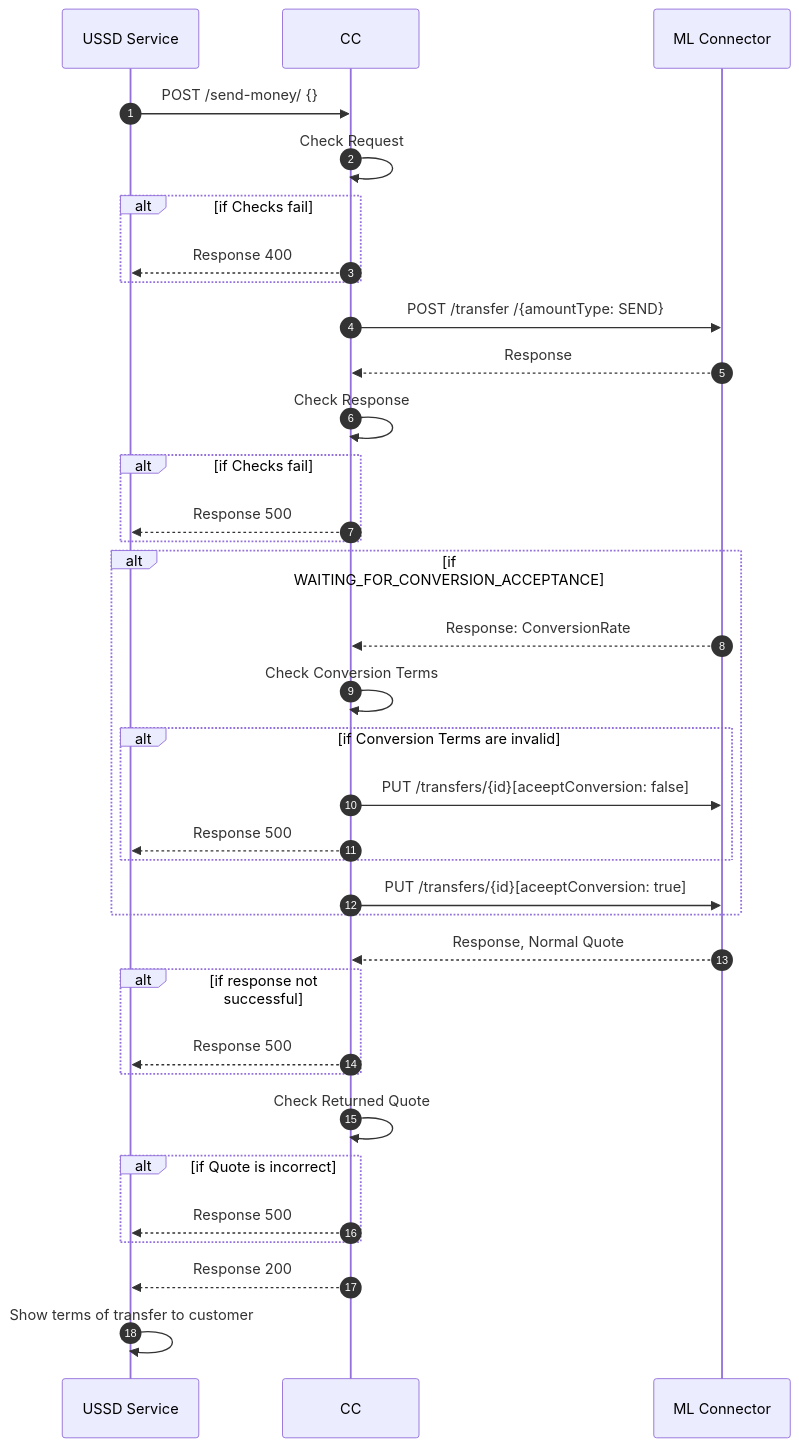
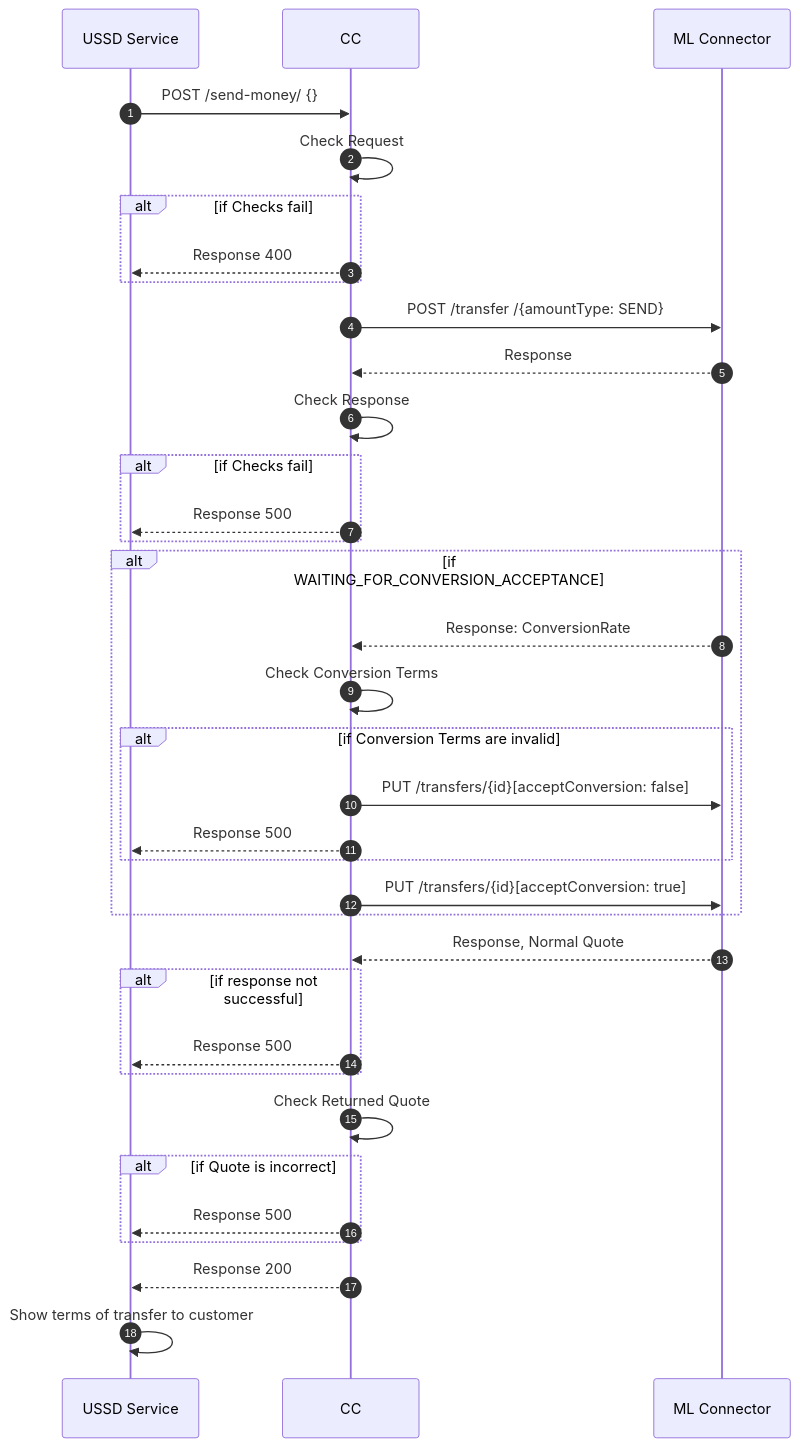
One commit to mojaloop/ml-reference-connectors changed the diagram in mtn-zm-core-connector/docs/payer/payer-send-money.md. Above: the diagram before and after it, drawn with Mermaid. The commit also changed 12 other files, not shown here.

````diff
--- a/mtn-zm-core-connector/docs/payer/payer-send-money.md
+++ b/mtn-zm-core-connector/docs/payer/payer-send-money.md
@@ -11,35 +11,35 @@
 ```mermaid
 sequenceDiagram
   autoNumber
   USSD Service->>CC: POST /send-money/ {}
   CC->>CC: Check Request
   Alt if Checks fail
   CC-->>USSD Service: Response 400
   End
   CC->>ML Connector: POST /transfer /{amountType: SEND}
   ML Connector-->>CC: Response
   CC->> CC: Check Response
   Alt if Checks fail
   CC-->>USSD Service: Response 500
   End
 
   Alt if WAITING_FOR_CONVERSION_ACCEPTANCE
   ML Connector-->>CC: Response: ConversionRate
   CC->>CC: Check Conversion Terms
   Alt if Conversion Terms are invalid
-  CC->>ML Connector: PUT /transfers/{id}[aceeptConversion: false]
+  CC->>ML Connector: PUT /transfers/{id}[acceptConversion: false]
   CC-->>USSD Service: Response 500
   End
-  CC->>ML Connector: PUT /transfers/{id}[aceeptConversion: true]
+  CC->>ML Connector: PUT /transfers/{id}[acceptConversion: true]
   End
   ML Connector-->>CC:Response, Normal Quote
   Alt if response not successful
   CC-->>USSD Service: Response 500
   End
   CC->>CC: Check Returned Quote
   Alt if Quote is incorrect
   CC-->>USSD Service: Response 500
   End
   CC-->>USSD Service: Response 200
   USSD Service->>USSD Service:Show terms of transfer to customer
 ```
````
